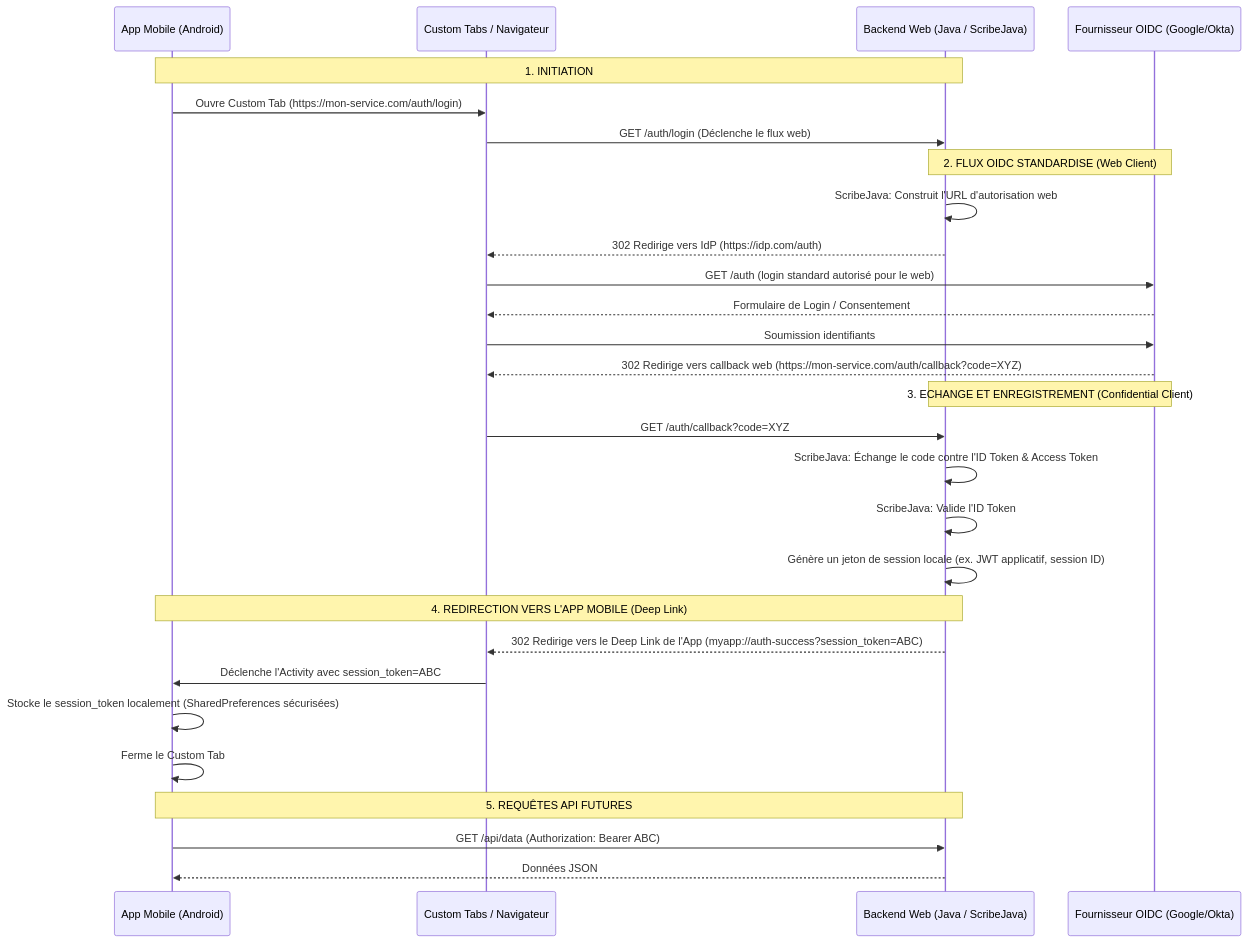
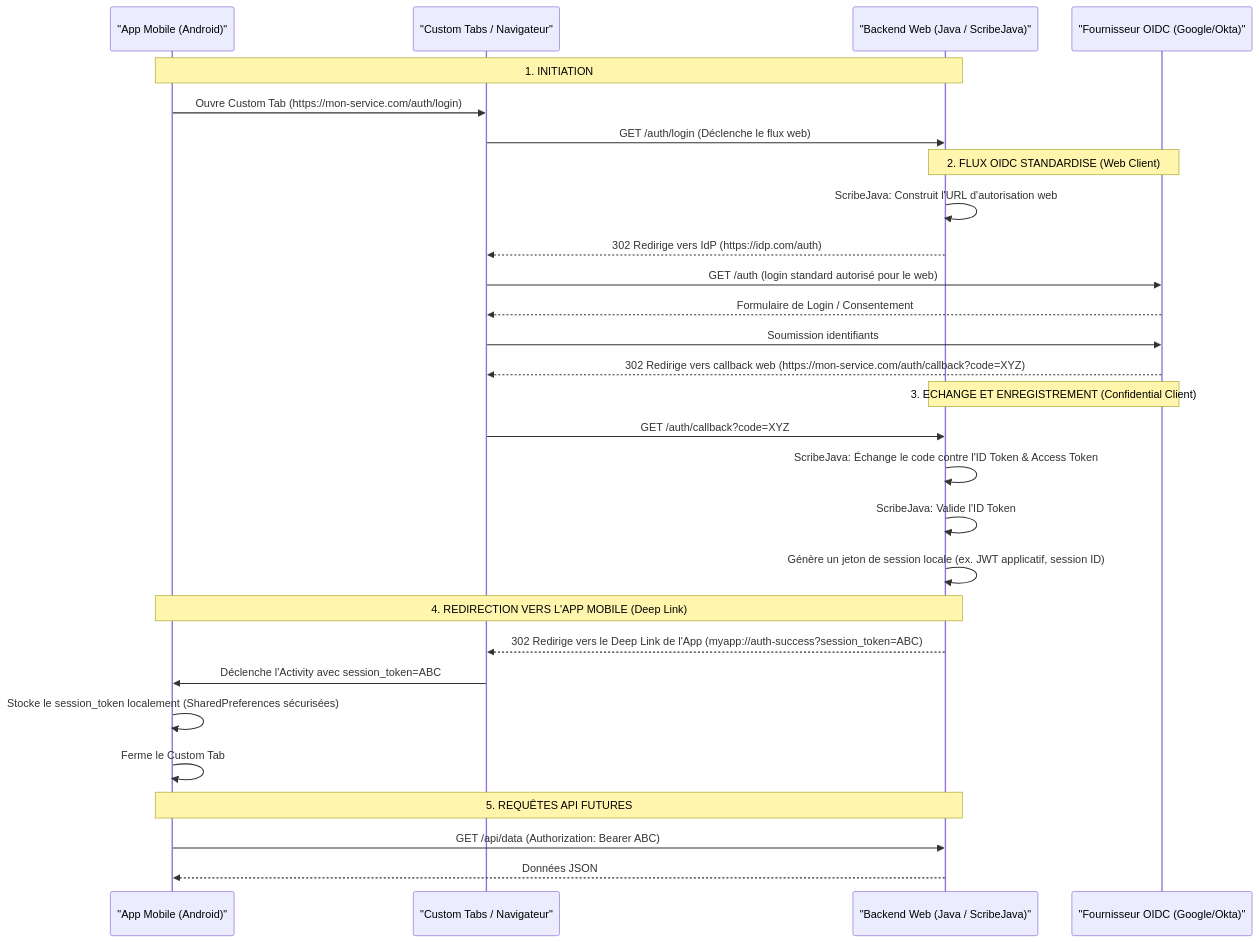
One commit to Q300Z/scribejava changed the second of 2 diagrams in docs/how-to/integrate-android.md. Above: the diagram before and after it, drawn with Mermaid. The commit also changed other lines of this file and 6 other files, not shown here.

Commit message:
docs(how-to): validate mermaid syntax and align how-to guides with codebase

````diff
--- a/docs/how-to/integrate-android.md
+++ b/docs/how-to/integrate-android.md
@@ -317,35 +317,35 @@
 ```mermaid
 sequenceDiagram
-    participant Mobile as App Mobile (Android)
-    participant OS as Custom Tabs / Navigateur
-    participant BFF as Backend Web (Java / ScribeJava)
-    participant IdP as Fournisseur OIDC (Google/Okta)
+    participant Mobile as "App Mobile (Android)"
+    participant OS as "Custom Tabs / Navigateur"
+    participant BFF as "Backend Web (Java / ScribeJava)"
+    participant IdP as "Fournisseur OIDC (Google/Okta)"
 
     Note over Mobile, BFF: 1. INITIATION
     Mobile->>OS: Ouvre Custom Tab (https://mon-service.com/auth/login)
     OS->>BFF: GET /auth/login (Déclenche le flux web)
     
     Note over BFF, IdP: 2. FLUX OIDC STANDARDISE (Web Client)
     BFF->>BFF: ScribeJava: Construit l'URL d'autorisation web
     BFF-->>OS: 302 Redirige vers IdP (https://idp.com/auth)
     OS->>IdP: GET /auth (login standard autorisé pour le web)
     IdP-->>OS: Formulaire de Login / Consentement
     OS->>IdP: Soumission identifiants
     IdP-->>OS: 302 Redirige vers callback web (https://mon-service.com/auth/callback?code=XYZ)
 
     Note over BFF, IdP: 3. ECHANGE ET ENREGISTREMENT (Confidential Client)
     OS->>BFF: GET /auth/callback?code=XYZ
     BFF->>BFF: ScribeJava: Échange le code contre l'ID Token & Access Token
     BFF->>BFF: ScribeJava: Valide l'ID Token
     BFF->>BFF: Génère un jeton de session locale (ex. JWT applicatif, session ID)
 
     Note over Mobile, BFF: 4. REDIRECTION VERS L'APP MOBILE (Deep Link)
     BFF-->>OS: 302 Redirige vers le Deep Link de l'App (myapp://auth-success?session_token=ABC)
     OS->>Mobile: Déclenche l'Activity avec session_token=ABC
     Mobile->>Mobile: Stocke le session_token localement (SharedPreferences sécurisées)
     Mobile->>Mobile: Ferme le Custom Tab
     
     Note over Mobile, BFF: 5. REQUÊTES API FUTURES
     Mobile->>BFF: GET /api/data (Authorization: Bearer ABC)
     BFF-->>Mobile: Données JSON
 ```
````
